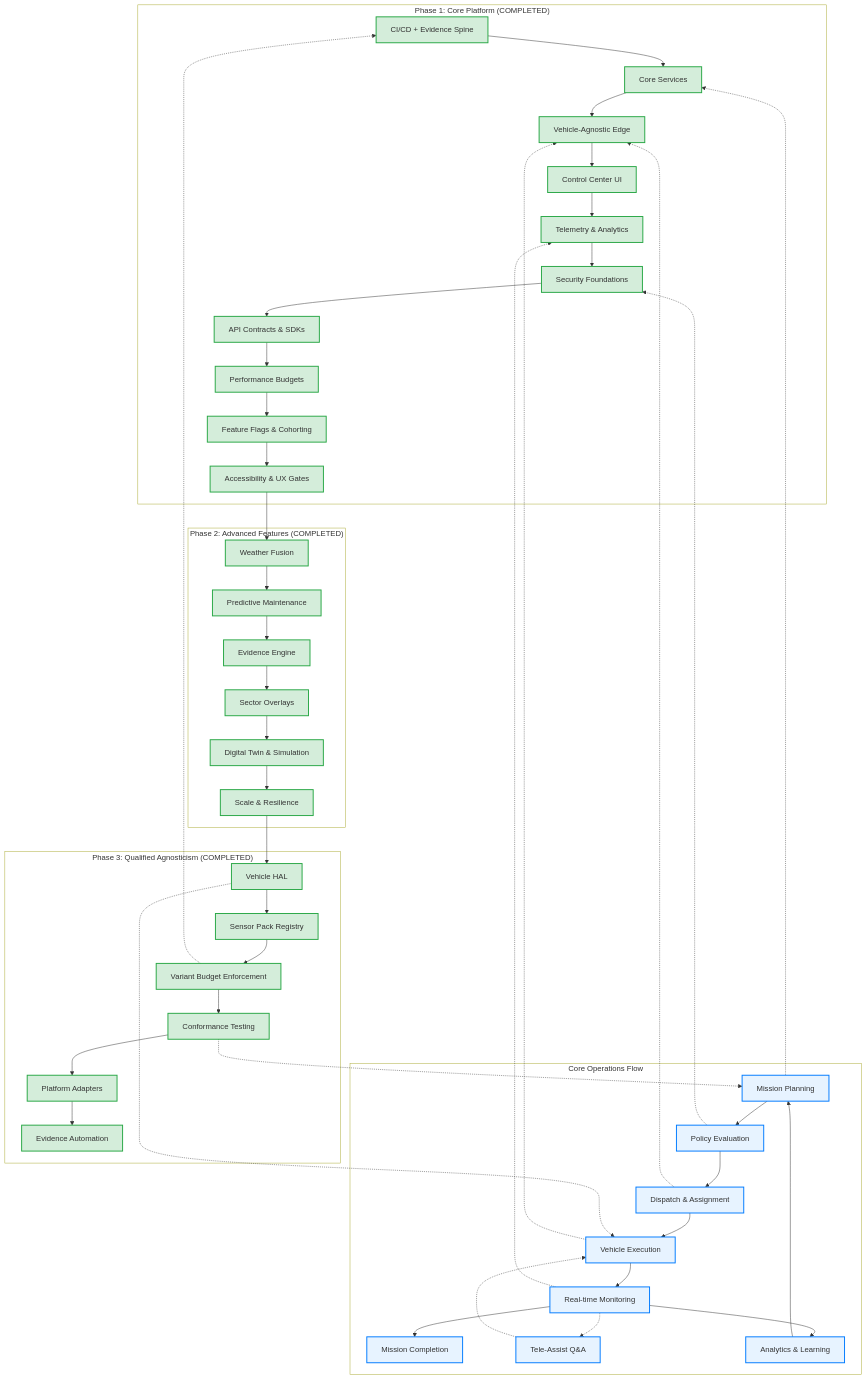
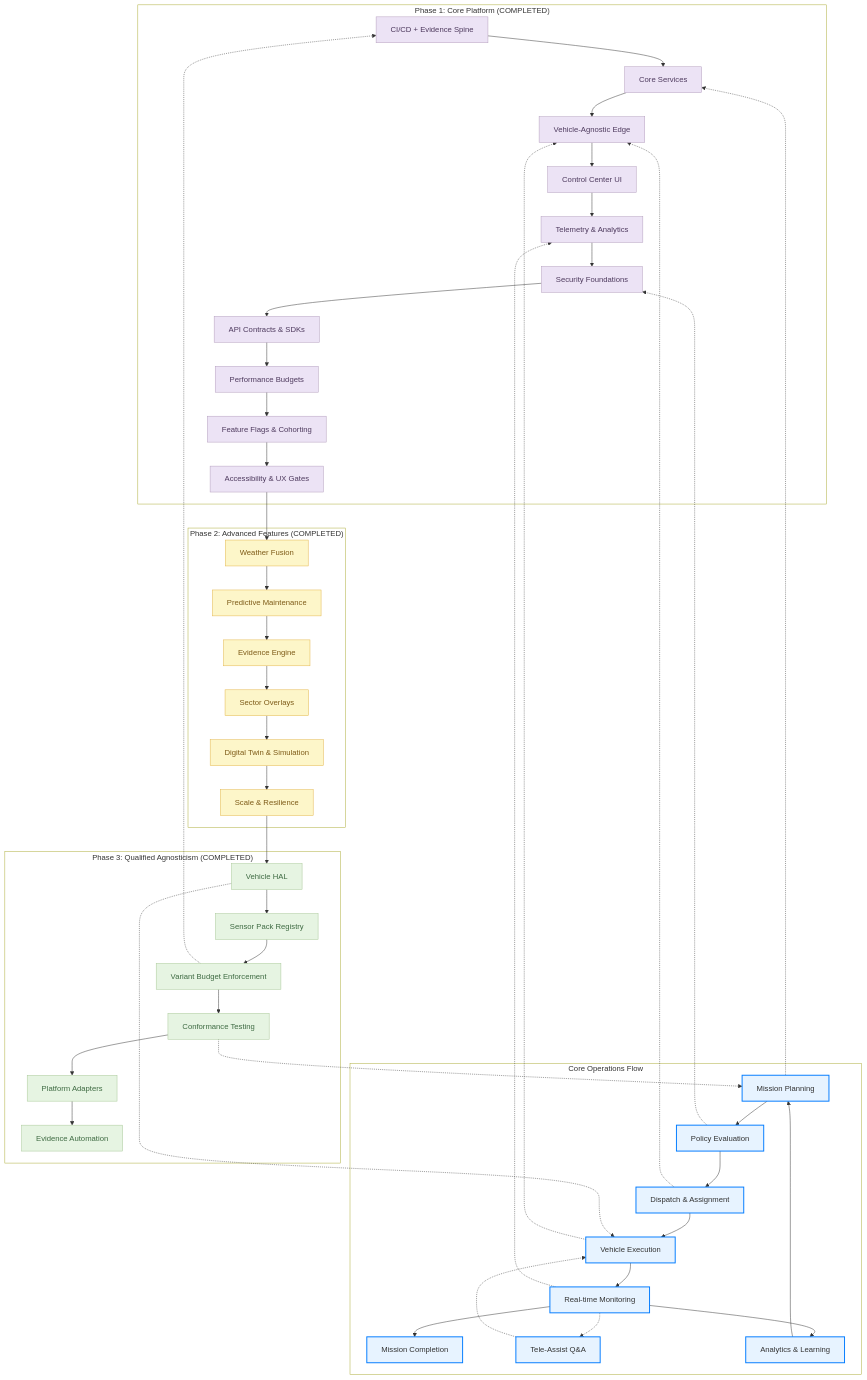
Before and after one commit to suprachakra/AtlasMesh-Fleet-OS: the first of 5 diagrams in README.md, drawn with Mermaid. The commit also changed other lines of this file, not shown here.

````diff
--- a/README.md
+++ b/README.md
@@ -71,67 +71,73 @@
 ```mermaid
 graph TB
     subgraph "Phase 1: Core Platform (COMPLETED)"
         A1[CI/CD + Evidence Spine] --> A2[Core Services]
         A2 --> A3[Vehicle-Agnostic Edge]
         A3 --> A4[Control Center UI]
         A4 --> A5[Telemetry & Analytics]
         A5 --> A6[Security Foundations]
         A6 --> A7[API Contracts & SDKs]
         A7 --> A8[Performance Budgets]
         A8 --> A9[Feature Flags & Cohorting]
         A9 --> A10[Accessibility & UX Gates]
     end
     
     subgraph "Phase 2: Advanced Features (COMPLETED)"
         B1[Weather Fusion] --> B2[Predictive Maintenance]
         B2 --> B3[Evidence Engine]
         B3 --> B4[Sector Overlays]
         B4 --> B5[Digital Twin & Simulation]
         B5 --> B6[Scale & Resilience]
     end
     
     subgraph "Phase 3: Qualified Agnosticism (COMPLETED)"
         D1[Vehicle HAL] --> D2[Sensor Pack Registry]
         D2 --> D3[Variant Budget Enforcement]
         D3 --> D4[Conformance Testing]
         D4 --> D5[Platform Adapters]
         D5 --> D6[Evidence Automation]
     end
     
     subgraph "Core Operations Flow"
         C1[Mission Planning] --> C2[Policy Evaluation]
         C2 --> C3[Dispatch & Assignment]
         C3 --> C4[Vehicle Execution]
         C4 --> C5[Real-time Monitoring]
         C5 --> C6[Mission Completion]
         C5 -.-> C7[Tele-Assist Q&A]
         C7 -.-> C4
         C5 --> C8[Analytics & Learning]
         C8 --> C1
     end
     
     A10 --> B1
     B6 --> D1
     C1 -.-> A2
     C2 -.-> A6
     C3 -.-> A3
     C4 -.-> A3
     C5 -.-> A5
     D1 -.-> C4
     D3 -.-> A1
     D4 -.-> C1
     
-    classDef completed fill:#d4edda,stroke:#28a745,stroke-width:2px
-    classDef pending fill:#fff3cd,stroke:#ffc107,stroke-width:2px
+    classDef Phase1 stroke-width:1px, stroke-dasharray:none, stroke:#B39DBC, fill:#ECE3F5, color:#4E3A5E
+    classDef Phase2 stroke-width:1px, stroke-dasharray:none, stroke:#E3B448, fill:#FDF6C9, color:#7D5A17
+    classDef Phase3 stroke-width:1px, stroke-dasharray:none, stroke:#A7C796, fill:#E6F4E2, color:#3E6A42
     classDef operations fill:#e7f3ff,stroke:#007bff,stroke-width:2px
     
-    class A1,A2,A3,A4,A5,A6,A7,A8,A9,A10 completed
-    class B1,B2,B3,B4,B5,B6 completed
-    class D1,D2,D3,D4,D5,D6 completed
+    class A1,A2,A3,A4,A5,A6,A7,A8,A9,A10 Phase1
+    class B1,B2,B3,B4,B5,B6 Phase2
+    class D1,D2,D3,D4,D5,D6 Phase3
     class C1,C2,C3,C4,C5,C6,C7,C8 operations
 
     style subGraph1 fill:transparent
     style subGraph3 fill:transparent
     style subGraph2 fill:transparent
     style subGraph0 fill:transparent
+
+        classDef client fill:#e8f5e8,stroke:#1b5e20,stroke-width:2px
+    classDef gateway fill:#e1f5fe,stroke:#01579b,stroke-width:3px
+    classDef service fill:#fff3e0,stroke:#f57c00,stroke-width:2px
+    classDef observability fill:#f3e5f5,stroke:#7b1fa2,stroke-width:2px
 ```
````
